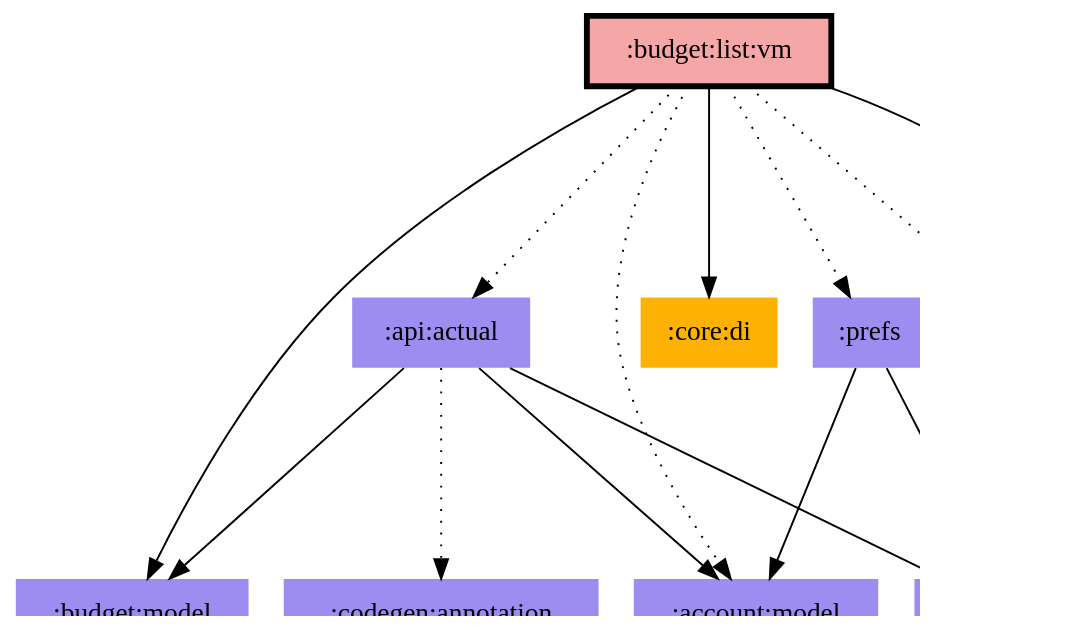
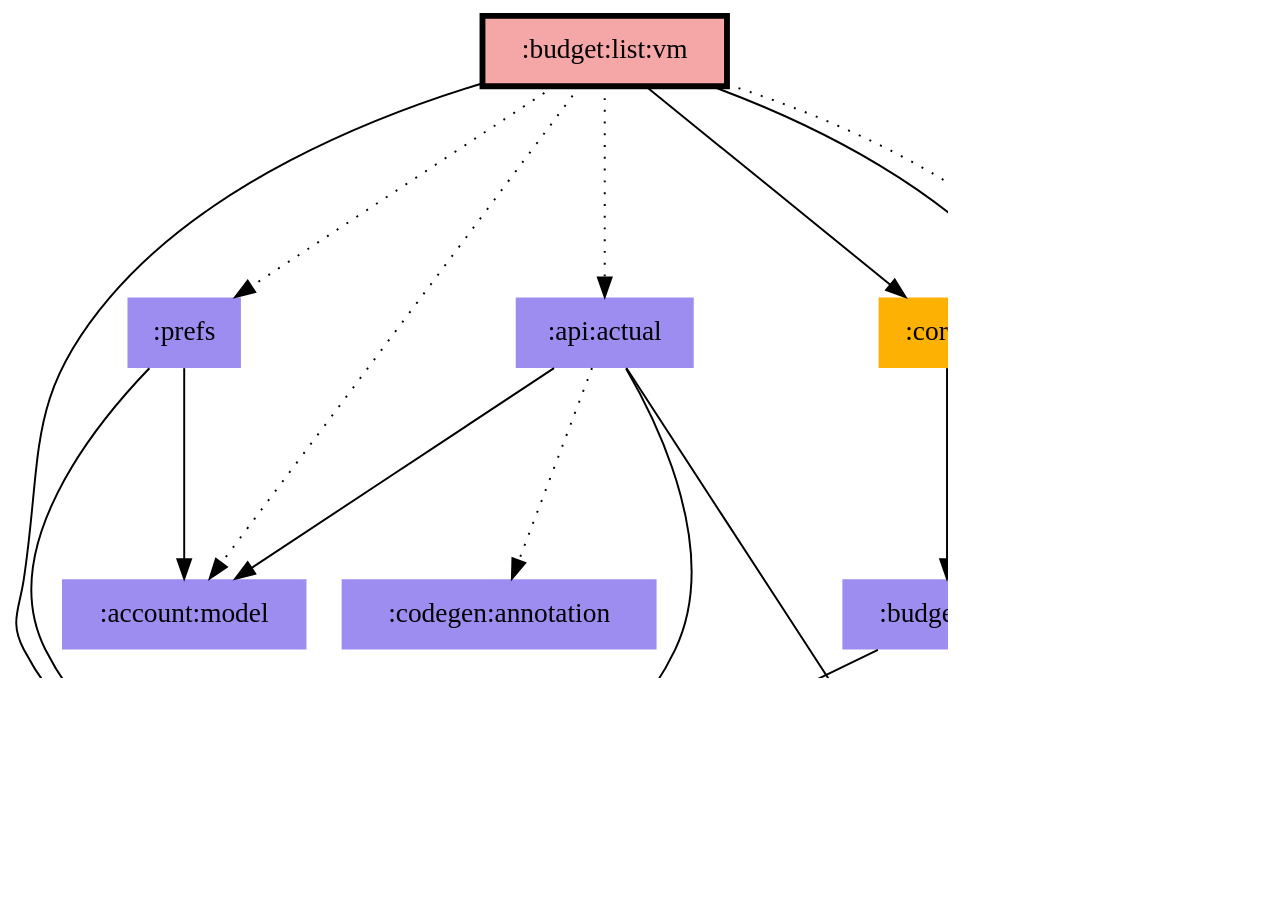
One commit to jonapoul/aktual changed the diagram in modules/budget/list/vm/modules.dot. Above: the diagram before and after it, drawn with Graphviz. The commit also changed 101 other files, not shown here.

Commit message:
budget:di -> core:di

```diff
--- a/modules/budget/list/vm/modules.dot
+++ b/modules/budget/list/vm/modules.dot
@@ -1,27 +1,33 @@
 digraph {
 edge ["dir"="forward"]
 graph ["dpi"="100","fontsize"="30","ranksep"="1.5","rankdir"="TB"]
 node ["style"="filled"]
 ":account:model" ["fillcolor"="#9D8DF1","shape"="none"]
 ":api:actual" ["fillcolor"="#9D8DF1","shape"="none"]
+":budget:data" ["fillcolor"="#9D8DF1","shape"="none"]
 ":budget:list:vm" ["fillcolor"="#F5A6A6","color"="black","penwidth"="3","shape"="box"]
 ":budget:model" ["fillcolor"="#9D8DF1","shape"="none"]
 ":codegen:annotation" ["fillcolor"="#9D8DF1","shape"="none"]
 ":core:di" ["fillcolor"="#FCB103","shape"="none"]
 ":core:model" ["fillcolor"="#9D8DF1","shape"="none"]
 ":logging" ["fillcolor"="#9D8DF1","shape"="none"]
 ":prefs" ["fillcolor"="#9D8DF1","shape"="none"]
 ":api:actual" -> ":account:model"
 ":api:actual" -> ":budget:model"
 ":api:actual" -> ":codegen:annotation" ["style"="dotted"]
 ":api:actual" -> ":core:model"
+":budget:data" -> ":budget:model"
+":budget:data" -> ":core:model"
+":budget:data" -> ":logging" ["style"="dotted"]
 ":budget:list:vm" -> ":account:model" ["style"="dotted"]
 ":budget:list:vm" -> ":api:actual" ["style"="dotted"]
 ":budget:list:vm" -> ":budget:model"
 ":budget:list:vm" -> ":core:di"
 ":budget:list:vm" -> ":core:model"
 ":budget:list:vm" -> ":logging" ["style"="dotted"]
 ":budget:list:vm" -> ":prefs" ["style"="dotted"]
+":core:di" -> ":budget:data"
+":core:di" -> ":budget:model"
 ":prefs" -> ":account:model"
 ":prefs" -> ":core:model"
 }
```
